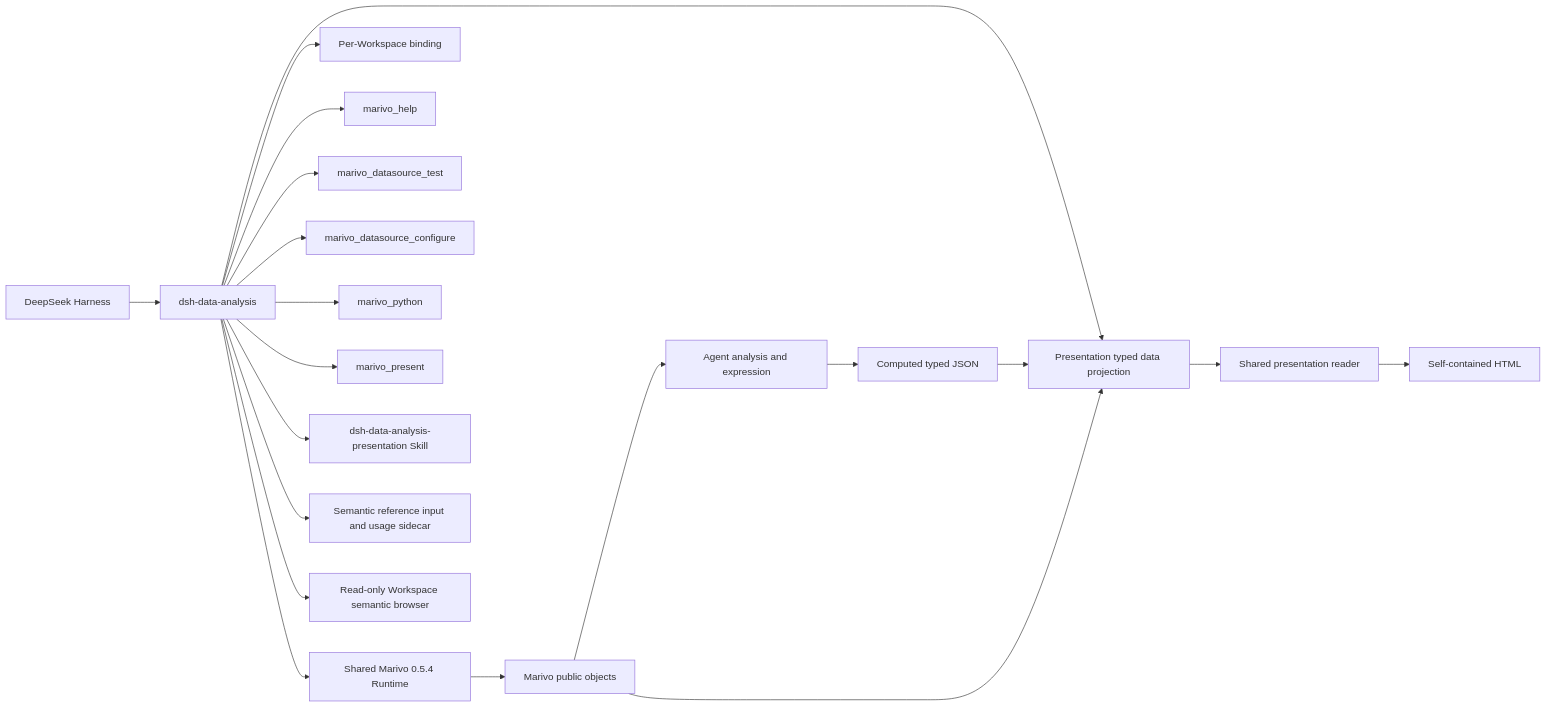
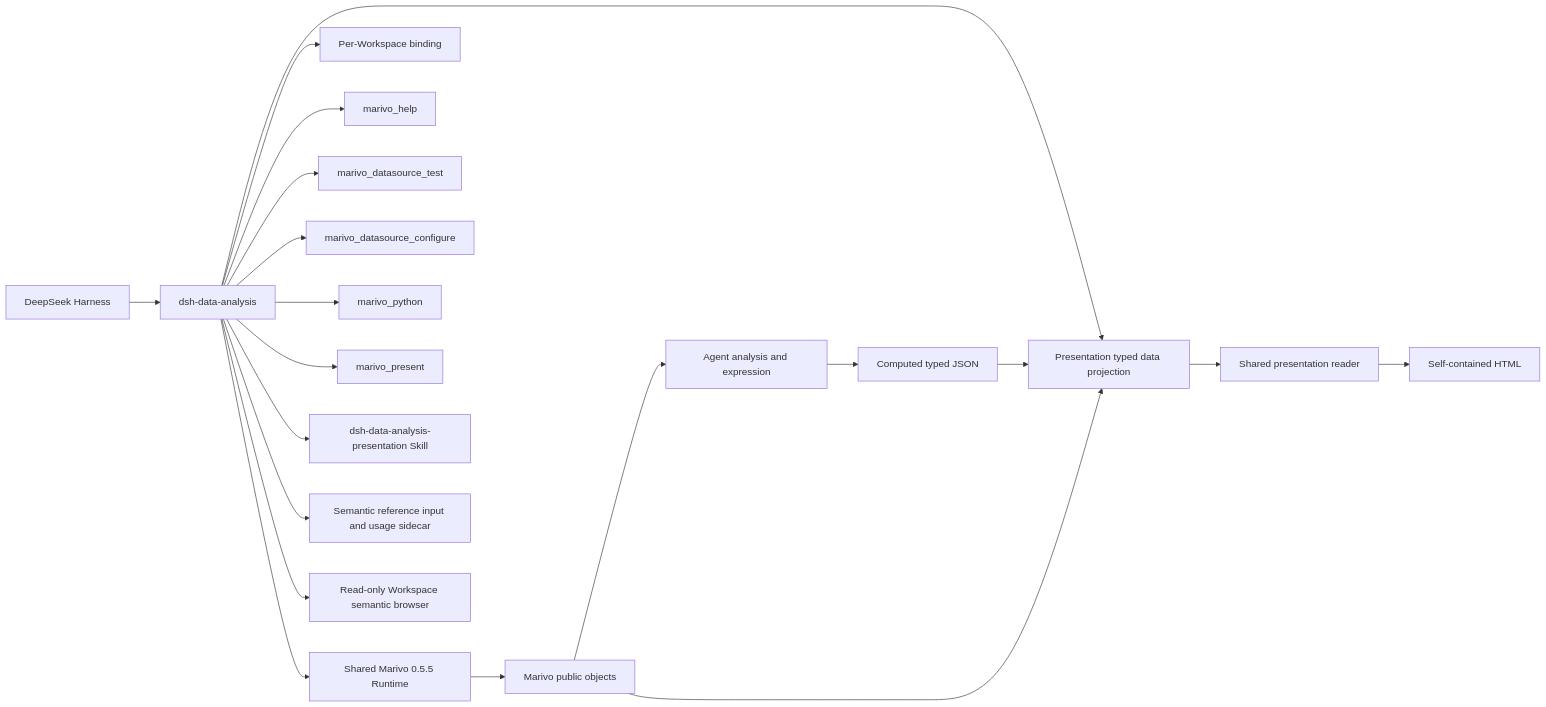
One commit to chengxianglibra/dsh-data-analysis changed the diagram in docs/architecture.md. Above: the diagram before and after it, drawn with Mermaid. The commit also changed other lines of this file and 19 other files, not shown here.

````diff
--- a/docs/architecture.md
+++ b/docs/architecture.md
@@ -16,22 +16,22 @@
 ```mermaid
 flowchart LR
   D[DeepSeek Harness] --> P[dsh-data-analysis]
-  P --> R[Shared Marivo 0.5.4 Runtime]
+  P --> R[Shared Marivo 0.5.5 Runtime]
   P --> W[Per-Workspace binding]
   P --> H[marivo_help]
   P --> T[marivo_datasource_test]
   P --> CFG[marivo_datasource_configure]
   P --> Y[marivo_python]
   P --> E[marivo_present]
   P --> K[dsh-data-analysis-presentation Skill]
   P --> S[Semantic reference input and usage sidecar]
   P --> B[Read-only Workspace semantic browser]
   P --> J[Presentation typed data projection]
   R --> M[Marivo public objects]
   M --> A[Agent analysis and expression]
   A --> C[Computed typed JSON]
   C --> J
   M --> J
   J --> V[Shared presentation reader]
   V --> O[Self-contained HTML]
 ```
````
